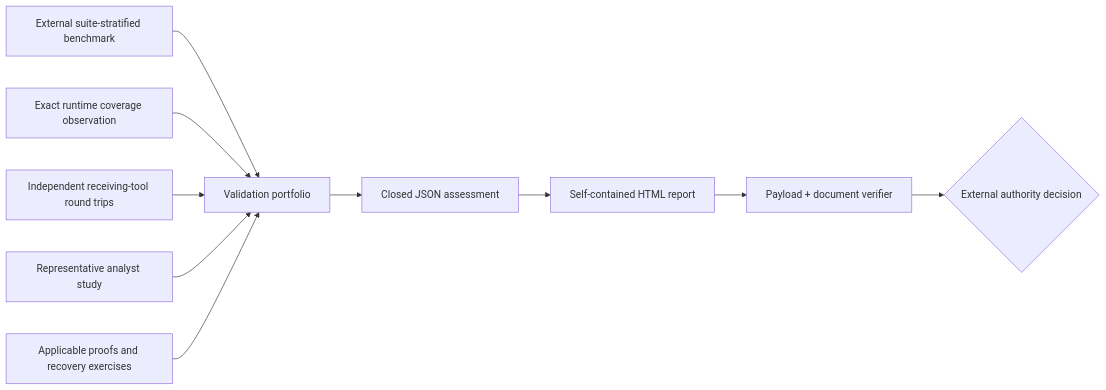
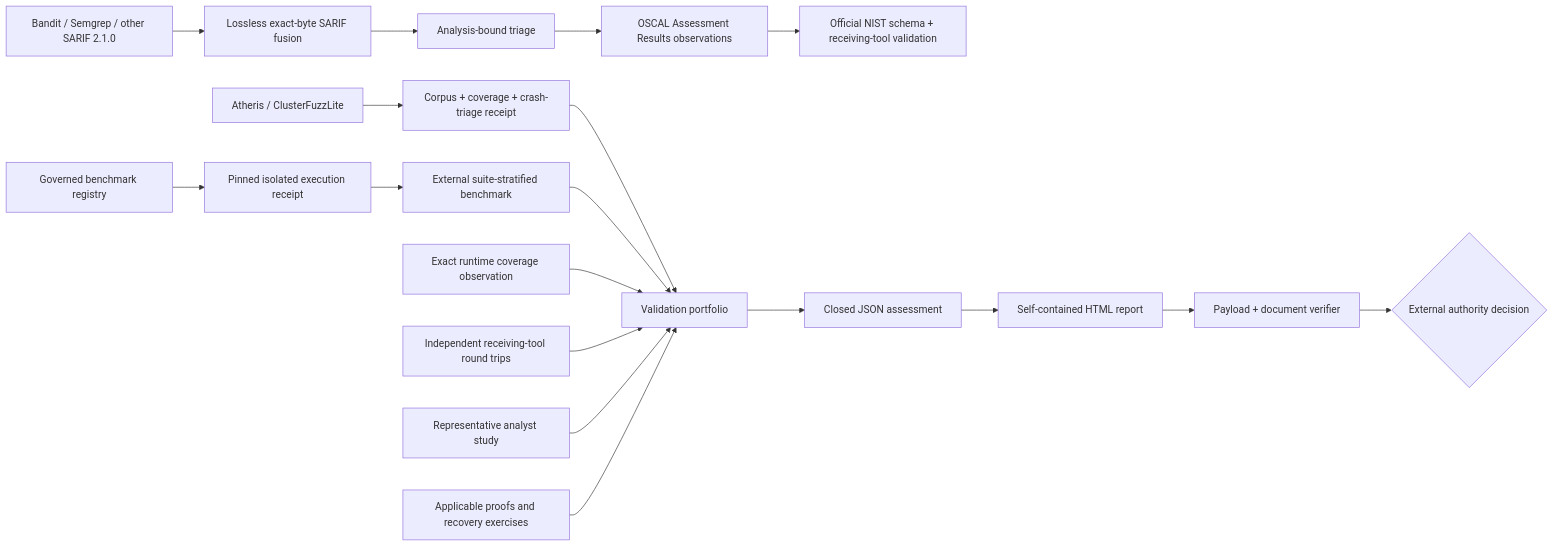
Before and after one commit to willtran87/project-py-sfmea: the second of 2 diagrams in docs/DIAGRAMS.md, drawn with Mermaid. The commit also changed 20 other files, not shown here.

````diff
--- a/docs/DIAGRAMS.md
+++ b/docs/DIAGRAMS.md
@@ -420,12 +420,20 @@
 ```mermaid
 flowchart LR
+    S1["Bandit / Semgrep / other SARIF 2.1.0"] --> SF["Lossless exact-byte SARIF fusion"]
+    SF --> A["Analysis-bound triage"]
+    A --> O["OSCAL Assessment Results observations"]
+    O --> NV["Official NIST schema + receiving-tool validation"]
+    BR["Governed benchmark registry"] --> BE["Pinned isolated execution receipt"]
+    BE --> B
+    FC["Atheris / ClusterFuzzLite"] --> FE["Corpus + coverage + crash-triage receipt"]
+    FE --> P
     B["External suite-stratified benchmark"] --> P["Validation portfolio"]
     C["Exact runtime coverage observation"] --> P
     R["Independent receiving-tool round trips"] --> P
     U["Representative analyst study"] --> P
     F["Applicable proofs and recovery exercises"] --> P
     P --> J["Closed JSON assessment"]
     J --> H["Self-contained HTML report"]
     H --> V["Payload + document verifier"]
     V --> D{"External authority decision"}
 ```
````
